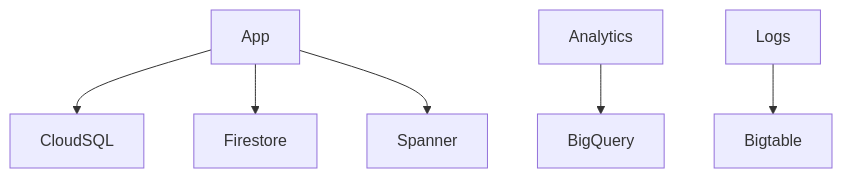
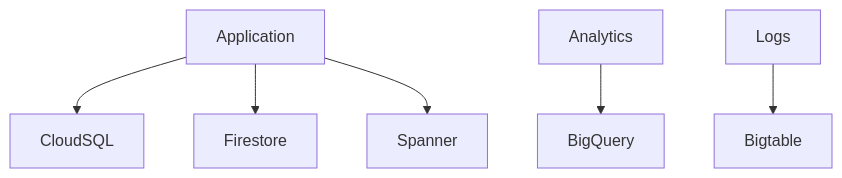
The seventh of 10 diagrams in 06_LAB/01_GCP_ACE_HACK/sessions_ver262/06_database.md (conti0513/development_public), drawn with Mermaid before and after one commit. The commit also changed other lines of this file and 9 other files, not shown here.

````diff
--- a/06_LAB/01_GCP_ACE_HACK/sessions_ver262/06_database.md
+++ b/06_LAB/01_GCP_ACE_HACK/sessions_ver262/06_database.md
@@ -271,9 +336,9 @@
 ```mermaid
 graph TD
-App --> CloudSQL
-App --> Firestore
-App --> Spanner
+Application --> CloudSQL
+Application --> Firestore
+Application --> Spanner
 
 Analytics --> BigQuery
 Logs --> Bigtable
 ```
````
